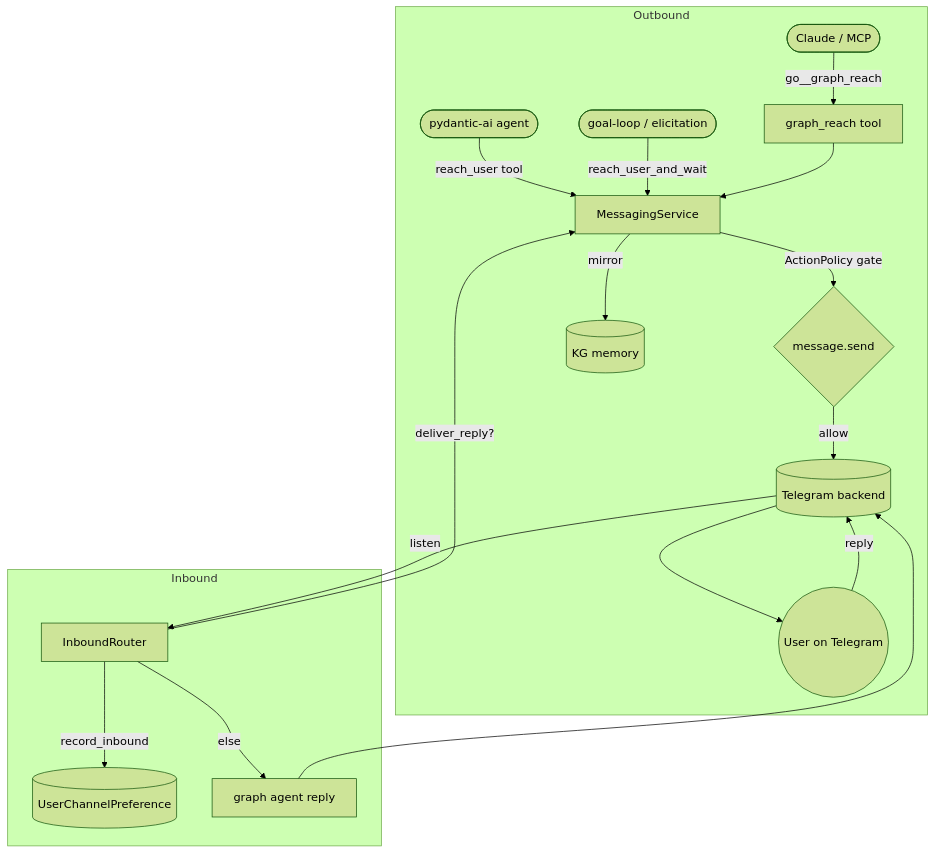
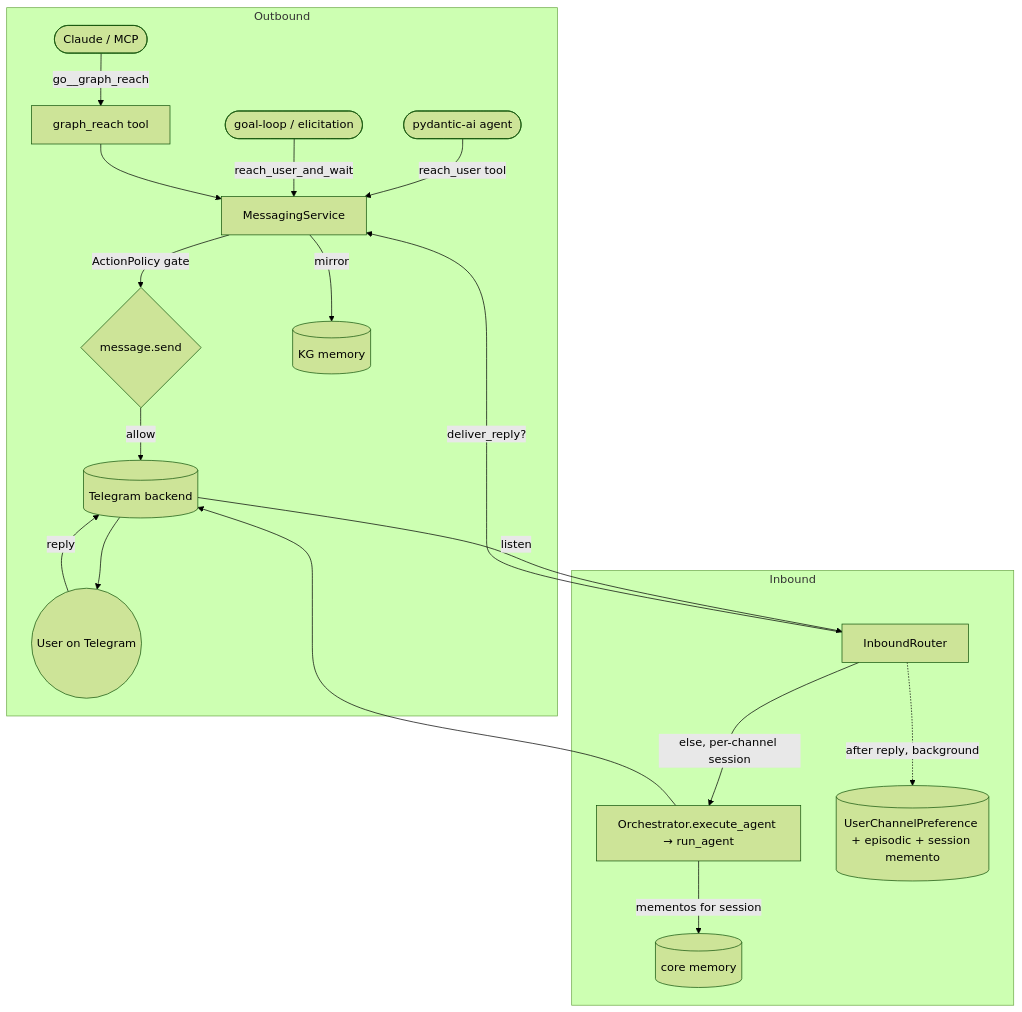
One commit to Knuckles-Team/agent-utilities changed the diagram in docs/architecture/messaging_reach.md. Above: the diagram before and after it, drawn with Mermaid (forest theme). The commit also changed other lines of this file and 10 other files, not shown here.

````diff
--- a/docs/architecture/messaging_reach.md
+++ b/docs/architecture/messaging_reach.md
@@ -33,21 +33,22 @@
 ```mermaid
 flowchart TD
     subgraph Outbound
         Claude([Claude / MCP]) -->|go__graph_reach| Reach[graph_reach tool]
         Agent([pydantic-ai agent]) -->|reach_user tool| SVC
         Loop([goal-loop / elicitation]) -->|reach_user_and_wait| SVC
         Reach --> SVC[MessagingService]
         SVC -->|ActionPolicy gate| Gate{message.send}
         Gate -->|allow| Backend[(Telegram backend)]
         SVC -->|mirror| KG[(KG memory)]
         Backend --> User((User on Telegram))
     end
     subgraph Inbound
         User -->|reply| Backend
         Backend -->|listen| Router[InboundRouter]
-        Router -->|record_inbound| Pref[(UserChannelPreference)]
         Router -->|deliver_reply?| SVC
-        Router -->|else| Planner[graph agent reply]
-        Planner --> Backend
+        Router -->|else, per-channel session| Universal[Orchestrator.execute_agent → run_agent]
+        Universal -->|mementos for session| Mem[(core memory)]
+        Universal --> Backend
+        Router -.->|after reply, background| Pref[(UserChannelPreference + episodic + session memento)]
     end
 ```
````
